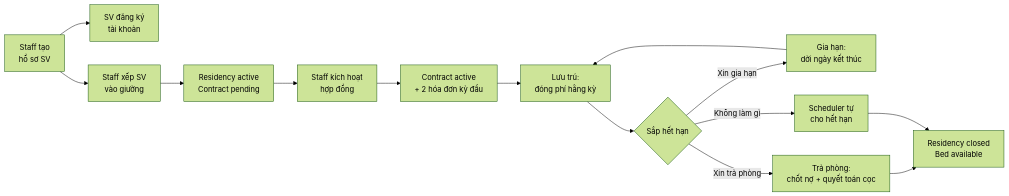
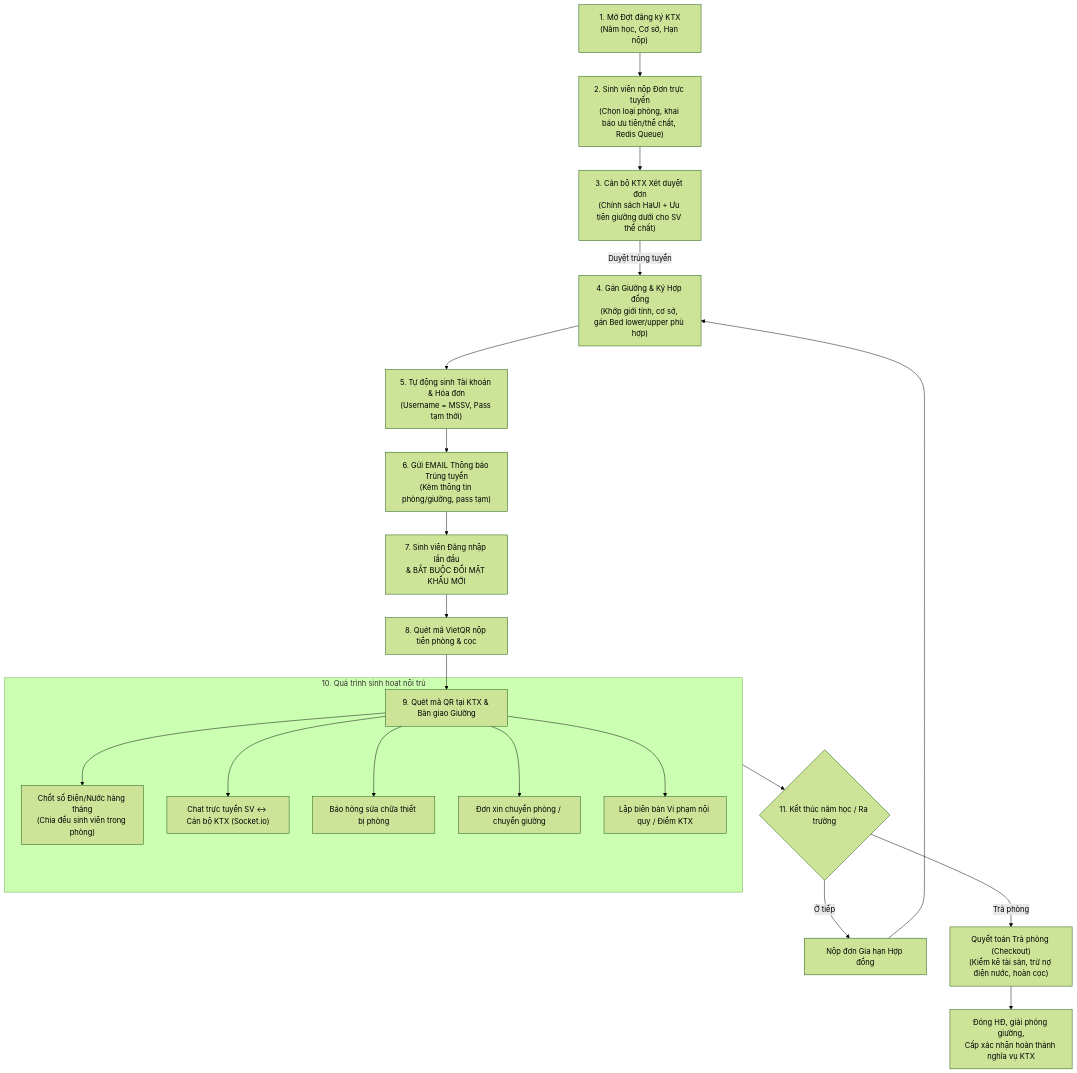
Before and after one commit to khanhvx2005/BE_QLKTX: the diagram in docs/03-PHAN-TICH-NGHIEP-VU.md, drawn with Mermaid (forest theme). The commit also changed other lines of this file and 4 other files, not shown here.

````diff
--- a/docs/03-PHAN-TICH-NGHIEP-VU.md
+++ b/docs/03-PHAN-TICH-NGHIEP-VU.md
@@ -34,16 +11,25 @@
 ```mermaid
-flowchart LR
-    A["Staff tạo<br/>hồ sơ SV"] --> B["SV đăng ký<br/>tài khoản"]
-    A --> C["Staff xếp SV<br/>vào giường"]
-    C --> D["Residency active<br/>Contract pending"]
-    D --> E["Staff kích hoạt<br/>hợp đồng"]
-    E --> F["Contract active<br/>+ 2 hóa đơn kỳ đầu"]
-    F --> G["Lưu trú:<br/>đóng phí hằng kỳ"]
-    G --> H{"Sắp hết hạn"}
-    H -->|"Xin gia hạn"| I["Gia hạn:<br/>dời ngày kết thúc"]
-    I --> G
-    H -->|"Xin trả phòng"| J["Trả phòng:<br/>chốt nợ + quyết toán cọc"]
-    H -->|"Không làm gì"| K["Scheduler tự<br/>cho hết hạn"]
-    J --> L["Residency closed<br/>Bed available"]
-    K --> L
+flowchart TD
+    A["1. Mở Đợt đăng ký KTX<br/>(Năm học, Cơ sở, Hạn nộp)"] --> B["2. Sinh viên nộp Đơn trực tuyến<br/>(Chọn loại phòng, khai báo ưu tiên/thể chất, Redis Queue)"]
+    B --> C["3. Cán bộ KTX Xét duyệt đơn<br/>(Chính sách HaUI + Ưu tiên giường dưới cho SV thể chất)"]
+    C -->|"Duyệt trúng tuyển"| D["4. Gán Giường & Ký Hợp đồng<br/>(Khớp giới tính, cơ sở, gán Bed lower/upper phù hợp)"]
+    D --> E["5. Tự động sinh Tài khoản & Hóa đơn<br/>(Username = MSSV, Pass tạm thời)"]
+    E --> F["6. Gửi EMAIL Thông báo Trúng tuyển<br/>(Kèm thông tin phòng/giường, pass tạm)"]
+    F --> G["7. Sinh viên Đăng nhập lần đầu<br/>& BẮT BUỘC ĐỔI MẬT KHẨU MỚI"]
+    G --> H["8. Quét mã VietQR nộp tiền phòng & cọc"]
+    H --> I["9. Quét mã QR tại KTX & Bàn giao Giường"]
+    
+    subgraph LUU_TRU["10. Quá trình sinh hoạt nội trú"]
+        I --> J1["Chốt số Điện/Nước hàng tháng<br/>(Chia đều sinh viên trong phòng)"]
+        I --> J2["Chat trực tuyến SV ↔ Cán bộ KTX (Socket.io)"]
+        I --> J3["Báo hỏng sửa chữa thiết bị phòng"]
+        I --> J4["Đơn xin chuyển phòng / chuyển giường"]
+        I --> J5["Lập biên bản Vi phạm nội quy / Điểm KTX"]
+    end
+
+    LUU_TRU --> K{"11. Kết thúc năm học / Ra trường"}
+    K -->|"Ở tiếp"| L["Nộp đơn Gia hạn Hợp đồng"]
+    K -->|"Trả phòng"| M["Quyết toán Trả phòng (Checkout)<br/>(Kiểm kê tài sản, trừ nợ điện nước, hoàn cọc)"]
+    L --> D
+    M --> N["Đóng HĐ, giải phóng giường,<br/>Cấp xác nhận hoàn thành nghĩa vụ KTX"]
 ```
````
